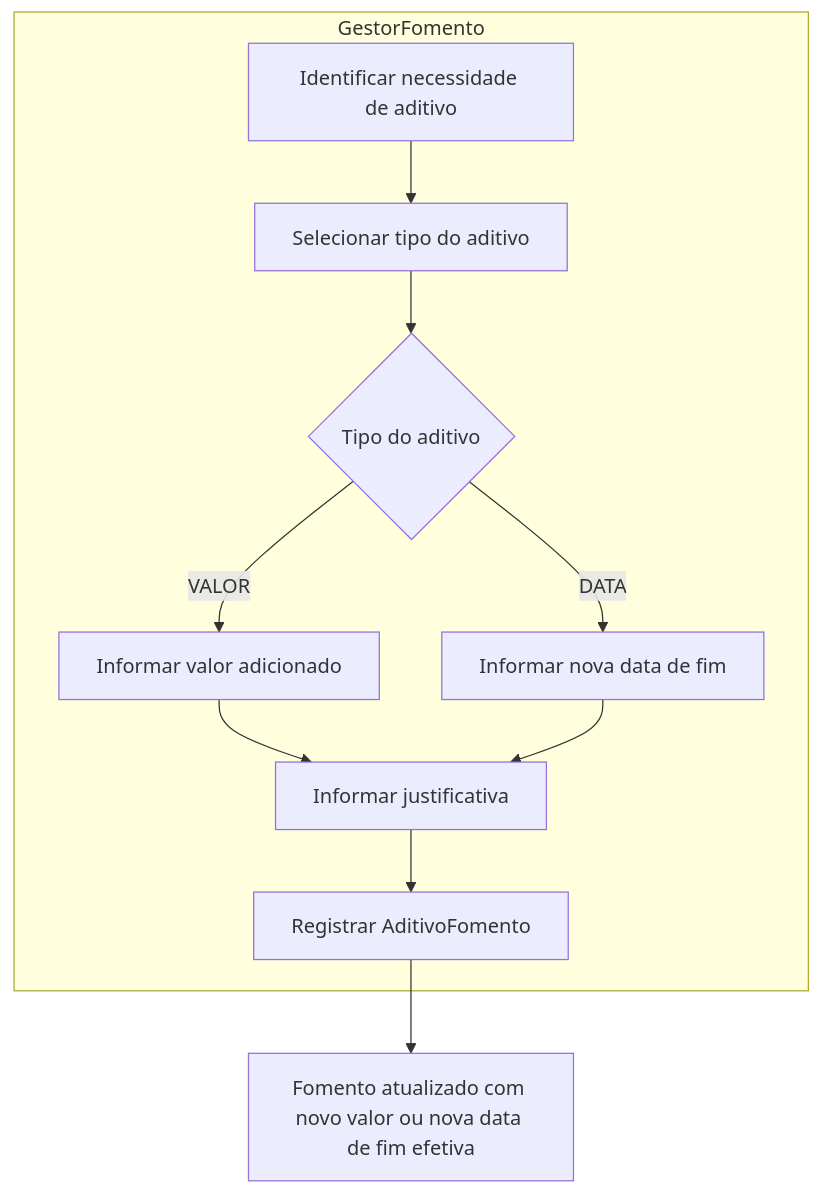
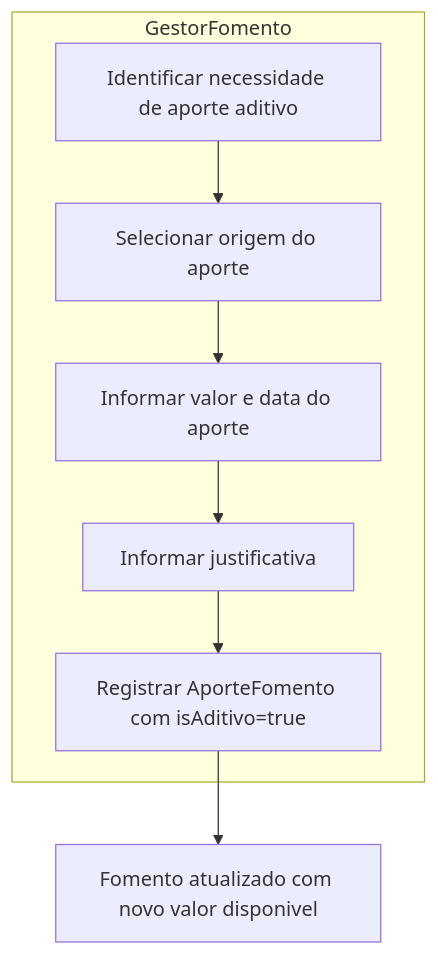
One commit to Czzped/conecta-fapes-teste changed the second of 4 diagrams in docs/implementation/modules/M011-configuracao-captacao/process-fomento.md. Above: the diagram before and after it, drawn with Mermaid. The commit also changed other lines of this file and 18 other files, not shown here.

````diff
--- a/docs/implementation/modules/M011-configuracao-captacao/process-fomento.md
+++ b/docs/implementation/modules/M011-configuracao-captacao/process-fomento.md
@@ -121,18 +119,13 @@
 ```mermaid
 flowchart TD
     subgraph GestorFomento[GestorFomento]
-        A[Identificar necessidade de aditivo]
-        B[Selecionar tipo do aditivo]
-        C{Tipo do aditivo}
-        D[Informar valor adicionado]
-        E[Informar nova data de fim]
-        G[Informar justificativa]
-        H[Registrar AditivoFomento]
+        A[Identificar necessidade de aporte aditivo]
+        B[Selecionar origem do aporte]
+        C[Informar valor e data do aporte]
+        D[Informar justificativa]
+        E[Registrar AporteFomento com isAditivo=true]
     end
 
-    A --> B --> C
-    C -->|VALOR| D --> G
-    C -->|DATA| E --> G
-    G --> H
-    H --> I[Fomento atualizado com novo valor ou nova data de fim efetiva]
+    A --> B --> C --> D --> E
+    E --> F[Fomento atualizado com novo valor disponivel]
 ```
````
